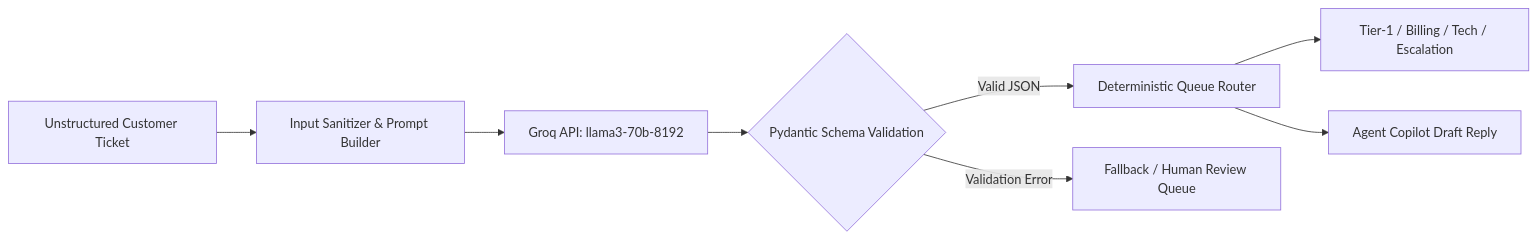
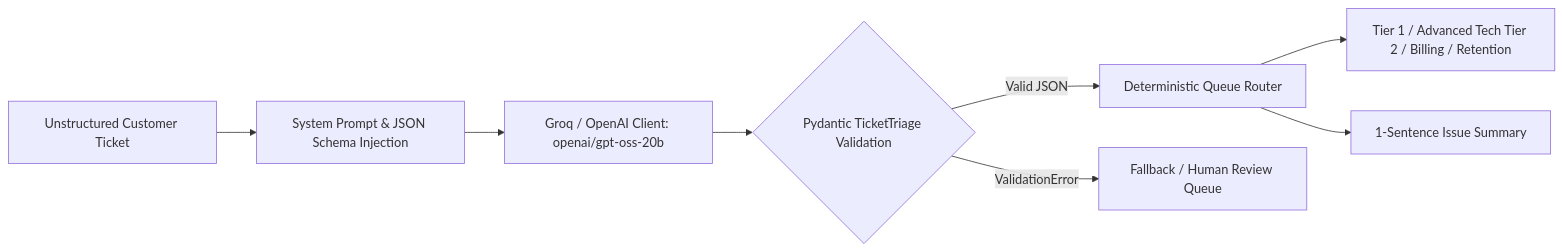
Before and after one commit to okrao/ticket_triage_engine: the diagram in README.md, drawn with Mermaid. The commit also changed other lines of this file and 3 other files, not shown here.

Commit message:
Test & Docs: add pytest suite for TicketTriage schema and upgrade README

````diff
--- a/README.md
+++ b/README.md
@@ -15,10 +15,10 @@
 ```mermaid
 flowchart LR
-    A[Unstructured Customer Ticket] --> B[Input Sanitizer & Prompt Builder]
-    B --> C[Groq API: llama3-70b-8192]
-    C --> D{Pydantic Schema Validation}
+    A[Unstructured Customer Ticket] --> B[System Prompt & JSON Schema Injection]
+    B --> C[Groq / OpenAI Client: openai/gpt-oss-20b]
+    C --> D{Pydantic TicketTriage Validation}
     D -- Valid JSON --> E[Deterministic Queue Router]
-    D -- Validation Error --> F[Fallback / Human Review Queue]
-    E --> G[Tier-1 / Billing / Tech / Escalation]
-    E --> H[Agent Copilot Draft Reply]
+    D -- ValidationError --> F[Fallback / Human Review Queue]
+    E --> G[Tier 1 / Advanced Tech Tier 2 / Billing / Retention]
+    E --> H[1-Sentence Issue Summary]
 ```
````
